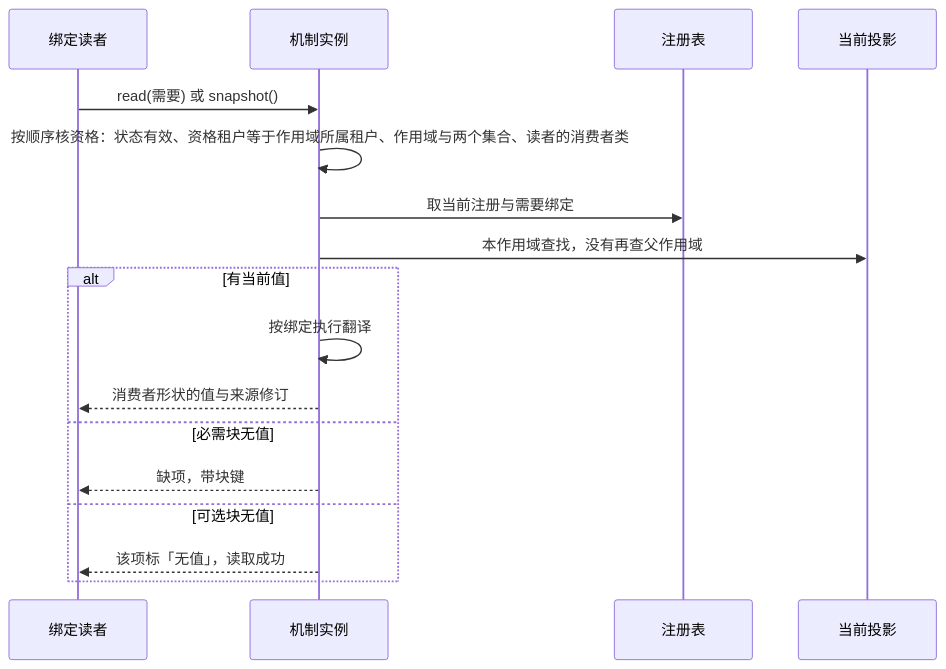
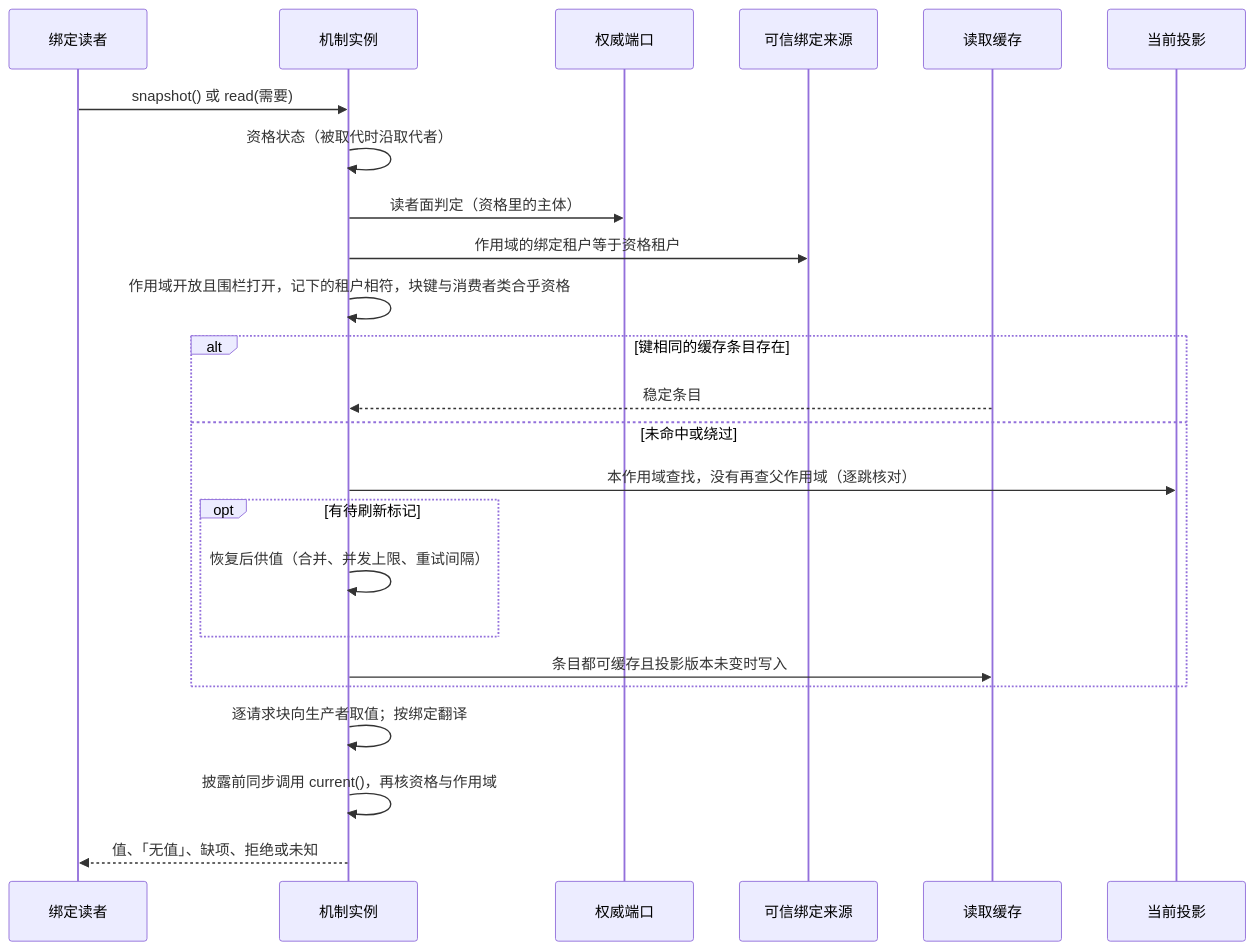
The third of 5 diagrams in packages/context/runtime-context/docs/flows.md (nemori-ai/omne-harness-lite), drawn with Mermaid before and after one commit. The commit also changed other lines of this file and 26 other files, not shown here.

````diff
--- a/packages/context/runtime-context/docs/flows.md
+++ b/packages/context/runtime-context/docs/flows.md
@@ -97,19 +98,26 @@
 ```mermaid
 sequenceDiagram
   participant R as 绑定读者
   participant M as 机制实例
-  participant Reg as 注册表
+  participant A as 权威端口
+  participant B as 可信绑定来源
+  participant C as 读取缓存
   participant Proj as 当前投影
-  R->>M: read(需要) 或 snapshot()
-  M->>M: 按顺序核资格：状态有效、资格租户等于作用域所属租户、作用域与两个集合、读者的消费者类
-  M->>Reg: 取当前注册与需要绑定
-  M->>Proj: 本作用域查找，没有再查父作用域
-  alt 有当前值
-    M->>M: 按绑定执行翻译
-    M-->>R: 消费者形状的值与来源修订
-  else 必需块无值
-    M-->>R: 缺项，带块键
-  else 可选块无值
-    M-->>R: 该项标「无值」，读取成功
+  R->>M: snapshot() 或 read(需要)
+  M->>M: 资格状态（被取代时沿取代者）
+  M->>A: 读者面判定（资格里的主体）
+  M->>B: 作用域的绑定租户等于资格租户
+  M->>M: 作用域开放且围栏打开，记下的租户相符，块键与消费者类合乎资格
+  alt 键相同的缓存条目存在
+    C-->>M: 稳定条目
+  else 未命中或绕过
+    M->>Proj: 本作用域查找，没有再查父作用域（逐跳核对）
+    opt 有待刷新标记
+      M->>M: 恢复后供值（合并、并发上限、重试间隔）
+    end
+    M->>C: 条目都可缓存且投影版本未变时写入
   end
+  M->>M: 逐请求块向生产者取值；按绑定翻译
+  M->>M: 披露前同步调用 current()，再核资格与作用域
+  M-->>R: 值、「无值」、缺项、拒绝或未知
 ```
````
